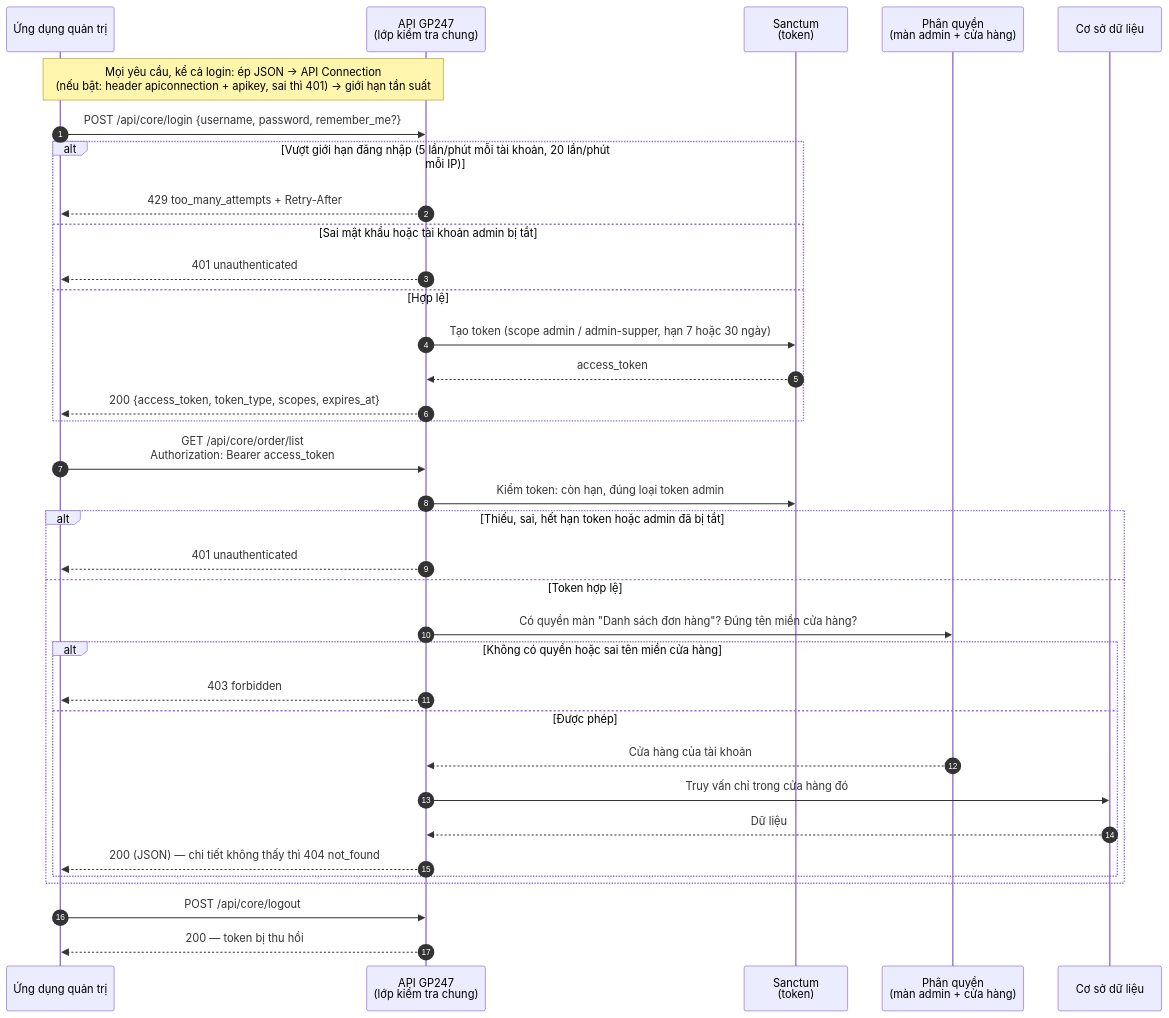
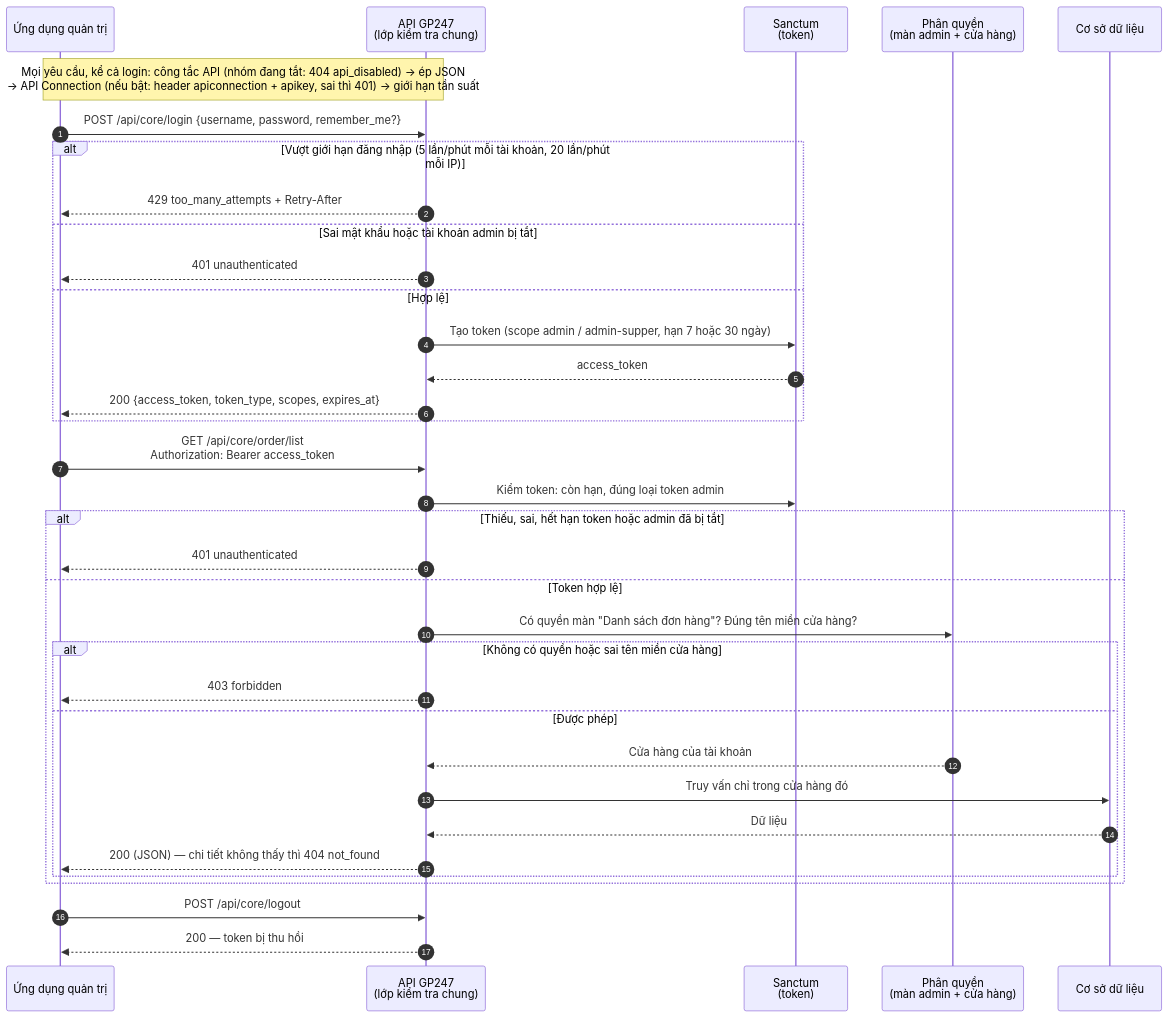
The first of 2 diagrams in api/api-introduction_vi.md (gp247net/gp247-docs), drawn with Mermaid before and after one commit. The commit also changed other lines of this file and 6 other files, not shown here.

````diff
--- a/api/api-introduction_vi.md
+++ b/api/api-introduction_vi.md
@@ -172,37 +182,37 @@
 ```mermaid
 sequenceDiagram
     autonumber
     participant A as Ứng dụng quản trị
     participant M as API GP247<br/>(lớp kiểm tra chung)
     participant S as Sanctum<br/>(token)
     participant Q as Phân quyền<br/>(màn admin + cửa hàng)
     participant D as Cơ sở dữ liệu
-    Note over A,M: Mọi yêu cầu, kể cả login: ép JSON → API Connection<br/>(nếu bật: header apiconnection + apikey, sai thì 401) → giới hạn tần suất
+    Note over A,M: Mọi yêu cầu, kể cả login: công tắc API (nhóm đang tắt: 404 api_disabled) → ép JSON<br/>→ API Connection (nếu bật: header apiconnection + apikey, sai thì 401) → giới hạn tần suất
     A->>M: POST /api/core/login {username, password, remember_me?}
     alt Vượt giới hạn đăng nhập (5 lần/phút mỗi tài khoản, 20 lần/phút mỗi IP)
         M-->>A: 429 too_many_attempts + Retry-After
     else Sai mật khẩu hoặc tài khoản admin bị tắt
         M-->>A: 401 unauthenticated
     else Hợp lệ
         M->>S: Tạo token (scope admin / admin-supper, hạn 7 hoặc 30 ngày)
         S-->>M: access_token
         M-->>A: 200 {access_token, token_type, scopes, expires_at}
     end
     A->>M: GET /api/core/order/list<br/>Authorization: Bearer access_token
     M->>S: Kiểm token: còn hạn, đúng loại token admin
     alt Thiếu, sai, hết hạn token hoặc admin đã bị tắt
         M-->>A: 401 unauthenticated
     else Token hợp lệ
         M->>Q: Có quyền màn "Danh sách đơn hàng"? Đúng tên miền cửa hàng?
         alt Không có quyền hoặc sai tên miền cửa hàng
             M-->>A: 403 forbidden
         else Được phép
             Q-->>M: Cửa hàng của tài khoản
             M->>D: Truy vấn chỉ trong cửa hàng đó
             D-->>M: Dữ liệu
             M-->>A: 200 (JSON) — chi tiết không thấy thì 404 not_found
         end
     end
     A->>M: POST /api/core/logout
     M-->>A: 200 — token bị thu hồi
 ```
````
